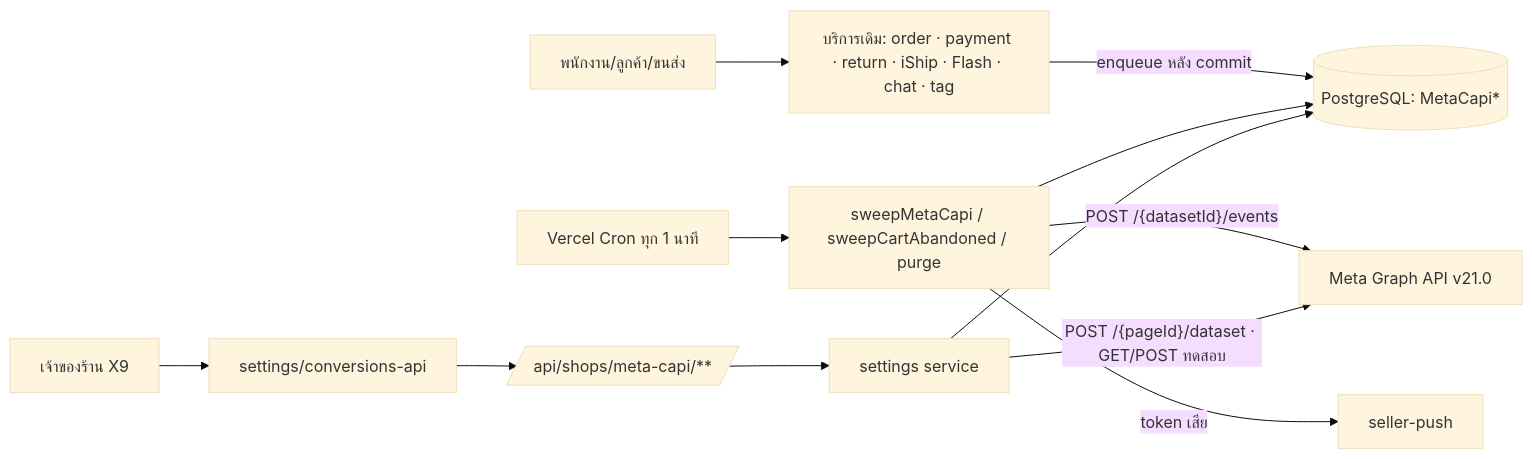
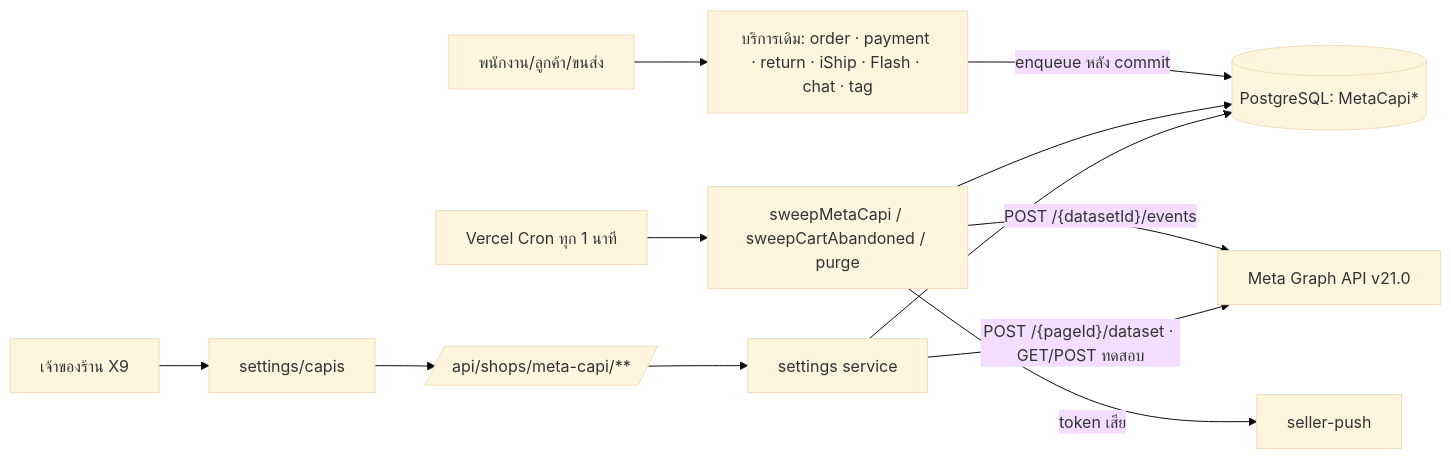
Before and after one commit to CodeCooLTH/deep-web: the first of 2 diagrams in docs/20 - Features/00089 - Meta Conversion API/SRS.md, drawn with Mermaid (base theme). The commit also changed other lines of this file and 43 other files, not shown here.

First line of the commit message:
feat(00089): ชุดข้อมูลเป็นแท็บ · modal ตั้งค่ารายเหตุการณ์ · บันทึกการส่งมีลูกค้า/ออเดอร์/แอด · URL /settings/capis (#234)

````diff
--- a/docs/20 - Features/00089 - Meta Conversion API/SRS.md
+++ b/docs/20 - Features/00089 - Meta Conversion API/SRS.md
@@ -61,12 +61,12 @@
 ```mermaid
 flowchart LR
     Staff[พนักงาน/ลูกค้า/ขนส่ง] --> Biz[บริการเดิม: order · payment · return · iShip · Flash · chat · tag]
     Biz -- "enqueue หลัง commit" --> DB[(PostgreSQL: MetaCapi*)]
     Cron[Vercel Cron ทุก 1 นาที] --> Sweep[sweepMetaCapi / sweepCartAbandoned / purge]
     Sweep --> DB
     Sweep -- "POST /{datasetId}/events" --> Meta[Meta Graph API v21.0]
-    Owner[เจ้าของร้าน X9] --> UI[settings/conversions-api] --> API[/api/shops/meta-capi/**/] --> Set[settings service]
+    Owner[เจ้าของร้าน X9] --> UI[settings/capis] --> API[/api/shops/meta-capi/**/] --> Set[settings service]
     Set --> DB
     Set -- "POST /{pageId}/dataset · GET/POST ทดสอบ" --> Meta
     Sweep -- "token เสีย" --> Push[seller-push]
 ```
````
